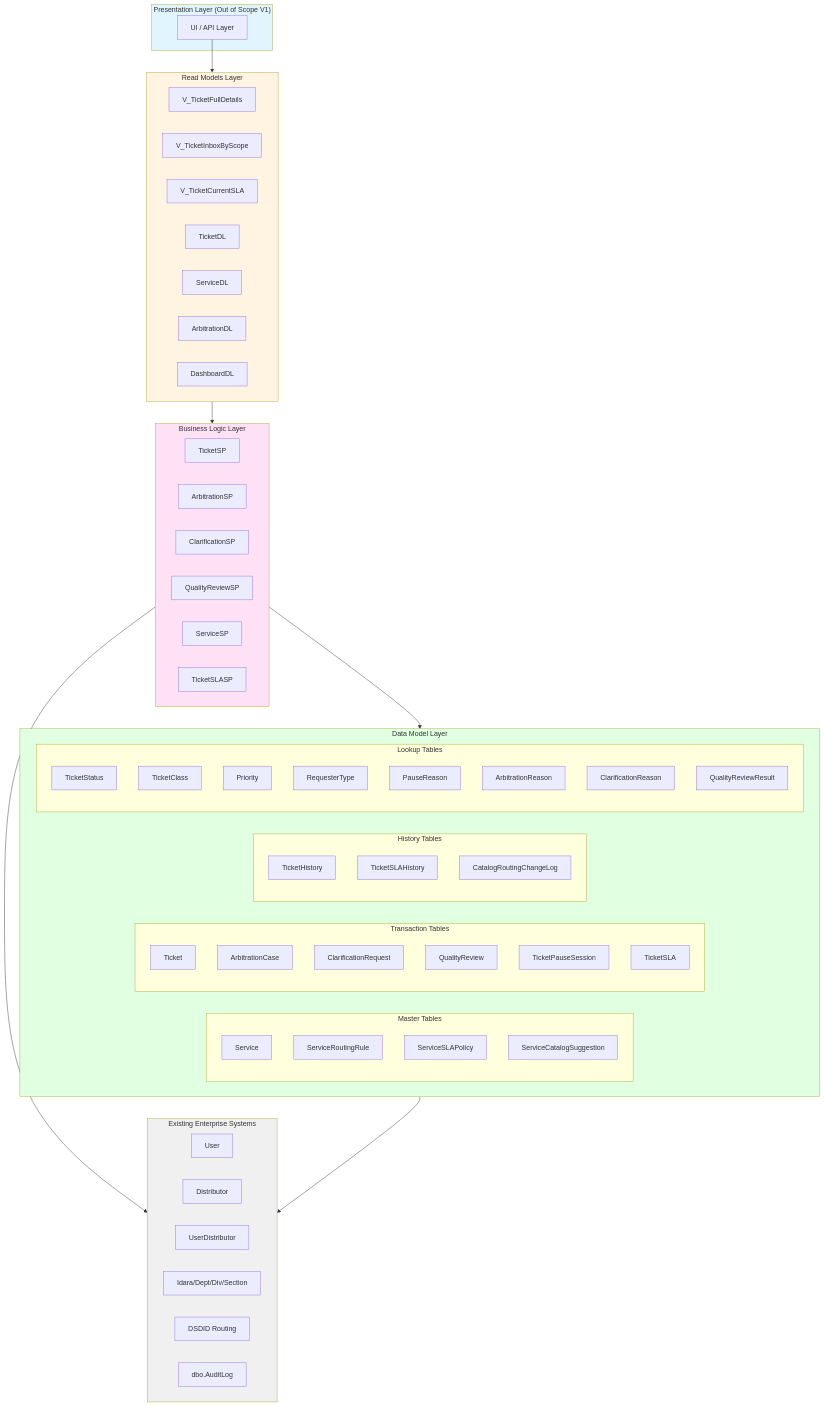
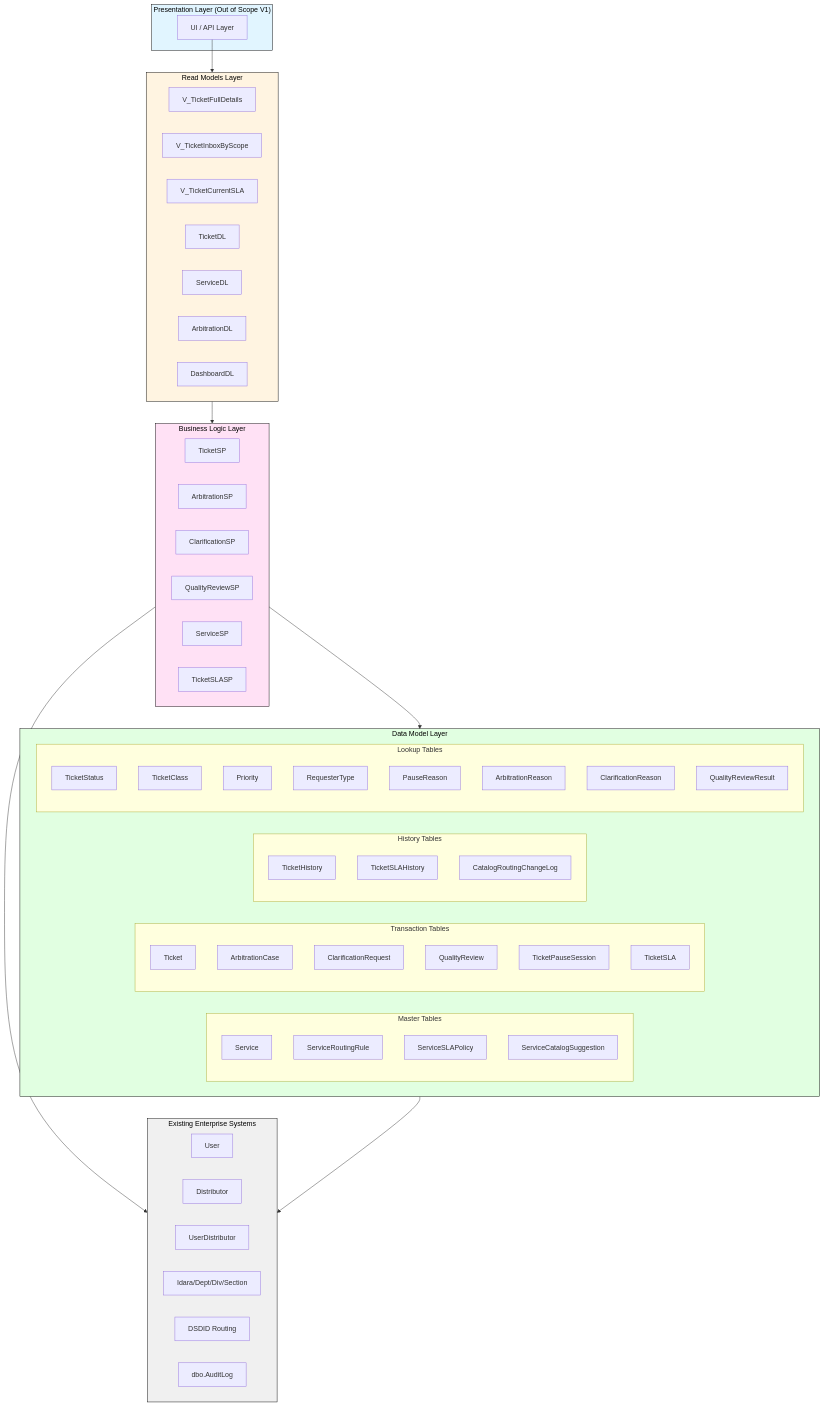
One commit to Fahad1993/SmartFoundationTickets changed the first of 12 diagrams in workflow_analysis.md. Above: the diagram before and after it, drawn with Mermaid. The commit also changed other lines of this file and 25 other files, not shown here.

First line of the commit message:
Add ticketing DB schema and sync workflows

````diff
--- a/workflow_analysis.md
+++ b/workflow_analysis.md
@@ -79,9 +79,18 @@
     B --> E
     D --> E
 
-    style P fill:#e1f5ff
-    style R fill:#fff4e1
-    style B fill:#ffe1f5
-    style D fill:#e1ffe1
-    style E fill:#f0f0f0
+    classDef clearFont fill:#e1f5ff,stroke:#000000,stroke-width:1px,color:#000000;
+    class P clearFont;
+
+    classDef readFont fill:#fff4e1,stroke:#000000,stroke-width:1px,color:#000000;
+    class R readFont;
+
+    classDef businessFont fill:#ffe1f5,stroke:#000000,stroke-width:1px,color:#000000;
+    class B businessFont;
+
+    classDef dataFont fill:#e1ffe1,stroke:#000000,stroke-width:1px,color:#000000;
+    class D dataFont;
+
+    classDef existingFont fill:#f0f0f0,stroke:#000000,stroke-width:1px,color:#000000;
+    class E existingFont;
 ```
````
